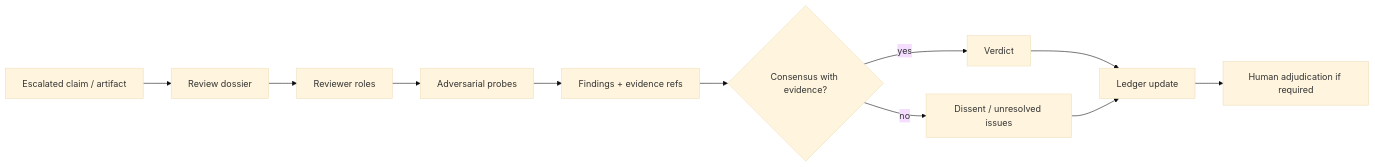
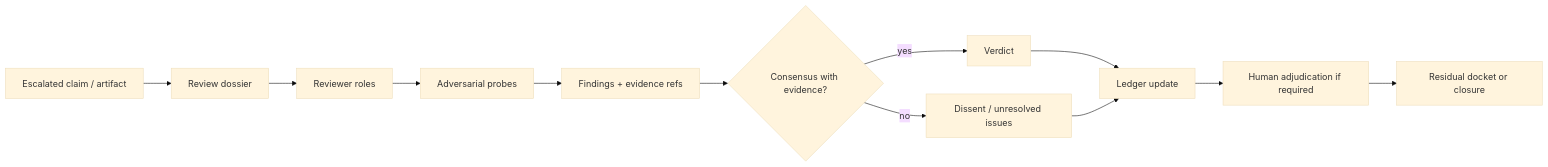
Before and after one commit to corbensorenson/asi-stack-book: the diagram in chapters/unified-adaptive-tribunal-and-adversarial-review.qmd, drawn with Mermaid (base theme). The commit also changed 20 other files, not shown here.

Commit message:
Raise diagram substance floor

````diff
--- a/chapters/unified-adaptive-tribunal-and-adversarial-review.qmd
+++ b/chapters/unified-adaptive-tribunal-and-adversarial-review.qmd
@@ -104,13 +104,14 @@
 ```{mermaid}
 flowchart LR
   A["Escalated claim / artifact"] --> B["Review dossier"]
   B --> C["Reviewer roles"]
   C --> D["Adversarial probes"]
   D --> E["Findings + evidence refs"]
   E --> F{"Consensus with evidence?"}
   F -- "yes" --> G["Verdict"]
   F -- "no" --> H["Dissent / unresolved issues"]
   G --> I["Ledger update"]
   H --> I
   I --> J["Human adjudication if required"]
+  J --> K["Residual docket or closure"]
 ```
````
